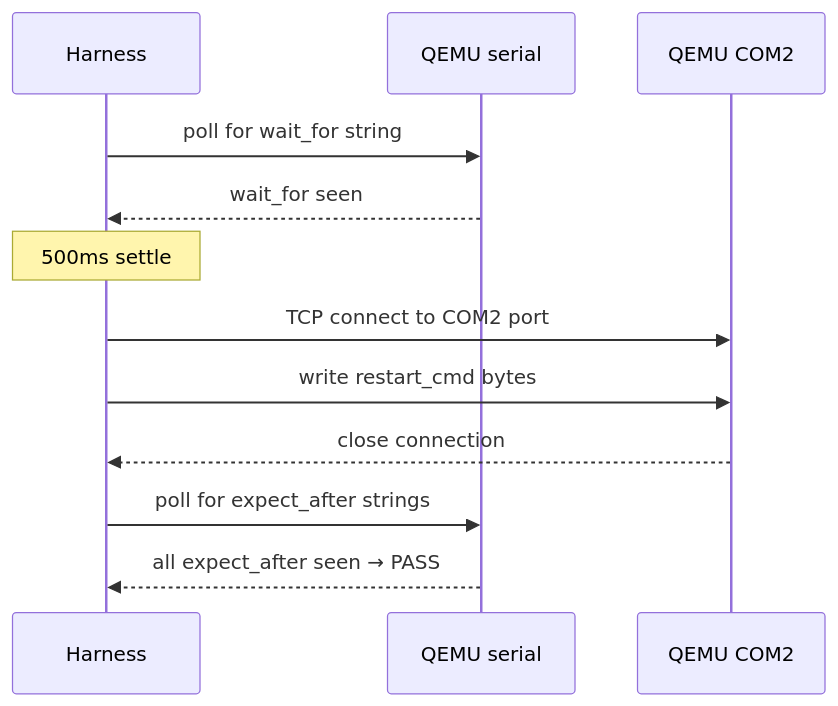
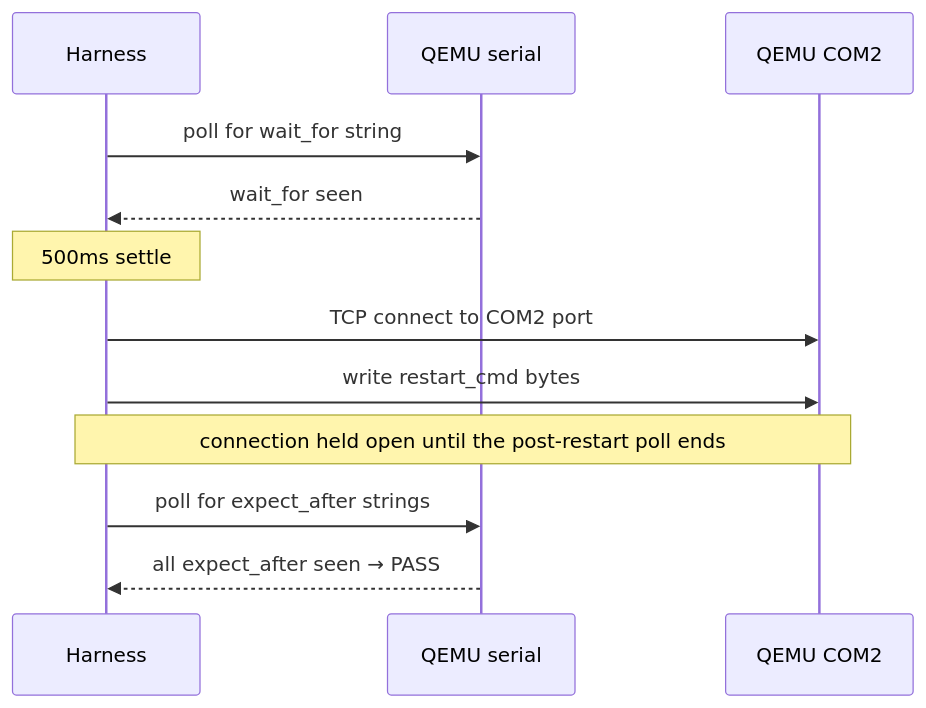
One commit to godspeedhq/godspeed-os changed the diagram in tests/qemu/harness/CLAUDE.md. Above: the diagram before and after it, drawn with Mermaid. The commit also changed other lines of this file and 32 other files, not shown here.

````diff
--- a/tests/qemu/harness/CLAUDE.md
+++ b/tests/qemu/harness/CLAUDE.md
@@ -38,15 +38,15 @@
 ```mermaid
 sequenceDiagram
     participant H as Harness
     participant Q as QEMU serial
     participant C as QEMU COM2
 
     H->>Q: poll for wait_for string
     Q-->>H: wait_for seen
     Note over H: 500ms settle
     H->>C: TCP connect to COM2 port
     H->>C: write restart_cmd bytes
-    C-->>H: close connection
+    Note over H,C: connection held open until the post-restart poll ends
     H->>Q: poll for expect_after strings
     Q-->>H: all expect_after seen → PASS
 ```
````
